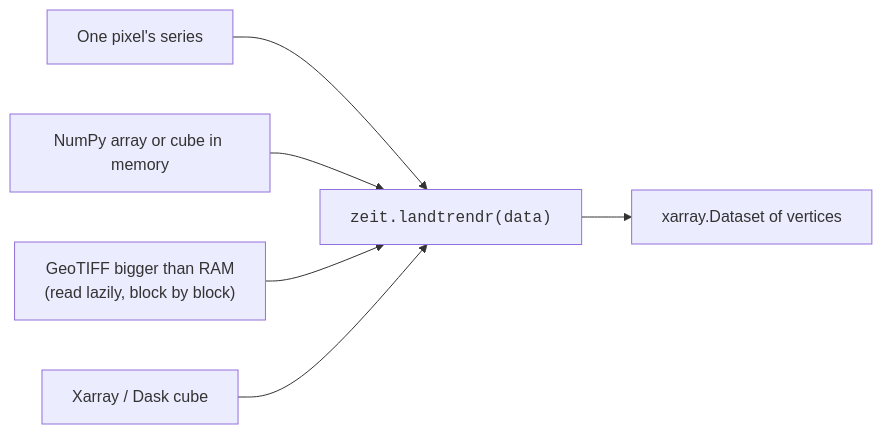
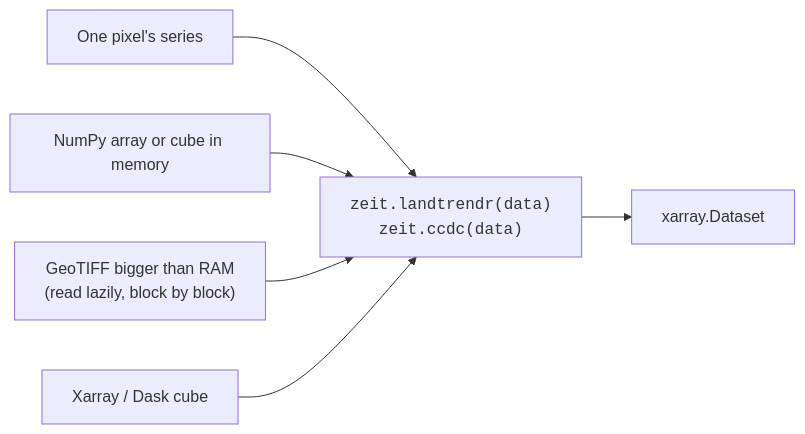
The diagram in docs/getting-started/concepts.md (sacridini/zeit-cdts), drawn with Mermaid before and after one commit. The commit also changed other lines of this file and 31 other files, not shown here.

First line of the commit message:
feat(ccdc): one zeit.ccdc for every kind of input

````diff
--- a/docs/getting-started/concepts.md
+++ b/docs/getting-started/concepts.md
@@ -73,8 +74,8 @@
 ```mermaid
 flowchart LR
-    A["One pixel's series"] --> L["<code>zeit.landtrendr(data)</code>"]
+    A["One pixel's series"] --> L["<code>zeit.landtrendr(data)</code><br/><code>zeit.ccdc(data)</code>"]
     B["NumPy array or cube in memory"] --> L
     C["GeoTIFF bigger than RAM<br/>(read lazily, block by block)"] --> L
     D["Xarray / Dask cube"] --> L
-    L --> E["xarray.Dataset of vertices"]
+    L --> E["xarray.Dataset"]
 ```
````
